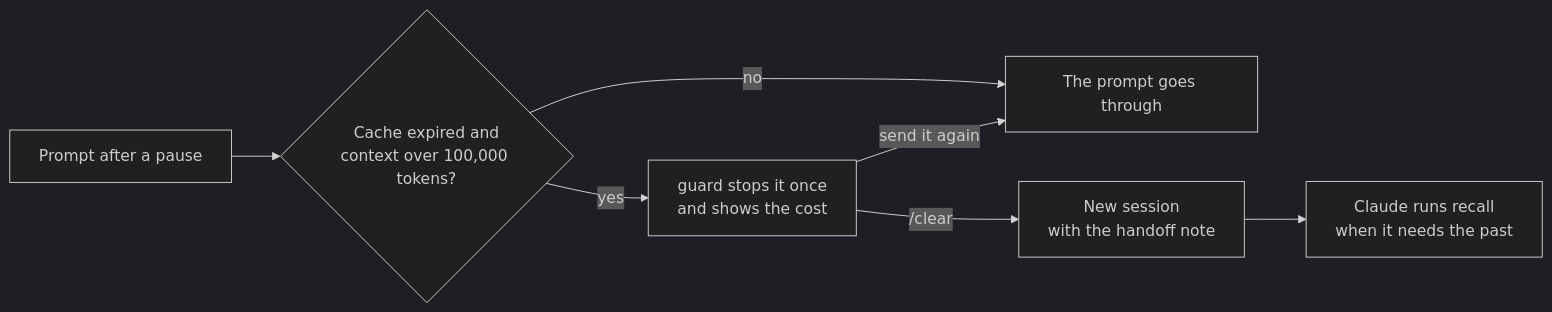
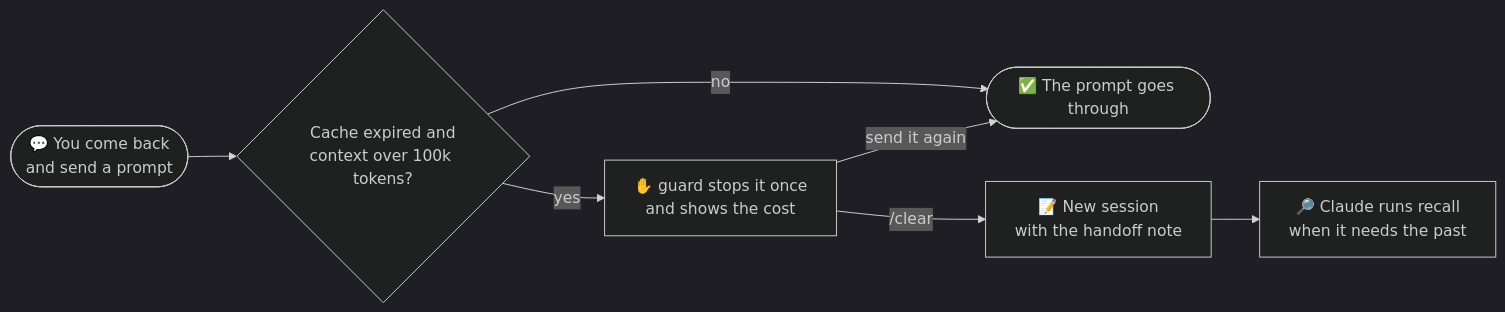
The diagram in README.md (alessiodonato/arricurdai), drawn with Mermaid (dark theme) before and after one commit. The commit also changed other lines of this file and 2 other files, not shown here.

First line of the commit message:
README: a friendlier page, with a demo, a chart and a FAQ

````diff
--- a/README.md
+++ b/README.md
@@ -49,9 +85,9 @@
 ```mermaid
 flowchart LR
-    A["Prompt after a pause"] --> B{"Cache expired and<br/>context over 100,000 tokens?"}
-    B -- no --> C["The prompt goes through"]
-    B -- yes --> D["guard stops it once<br/>and shows the cost"]
-    D -- "send it again" --> C
-    D -- "/clear" --> E["New session<br/>with the handoff note"]
-    E --> F["Claude runs recall<br/>when it needs the past"]
+    A(["💬 You come back<br/>and send a prompt"]) --> B{"Cache expired and<br/>context over 100k tokens?"}
+    B -->|no| C(["✅ The prompt goes through"])
+    B -->|yes| D["✋ guard stops it once<br/>and shows the cost"]
+    D -->|"send it again"| C
+    D -->|"/clear"| E["📝 New session<br/>with the handoff note"]
+    E --> F["🔎 Claude runs recall<br/>when it needs the past"]
 ```
````
